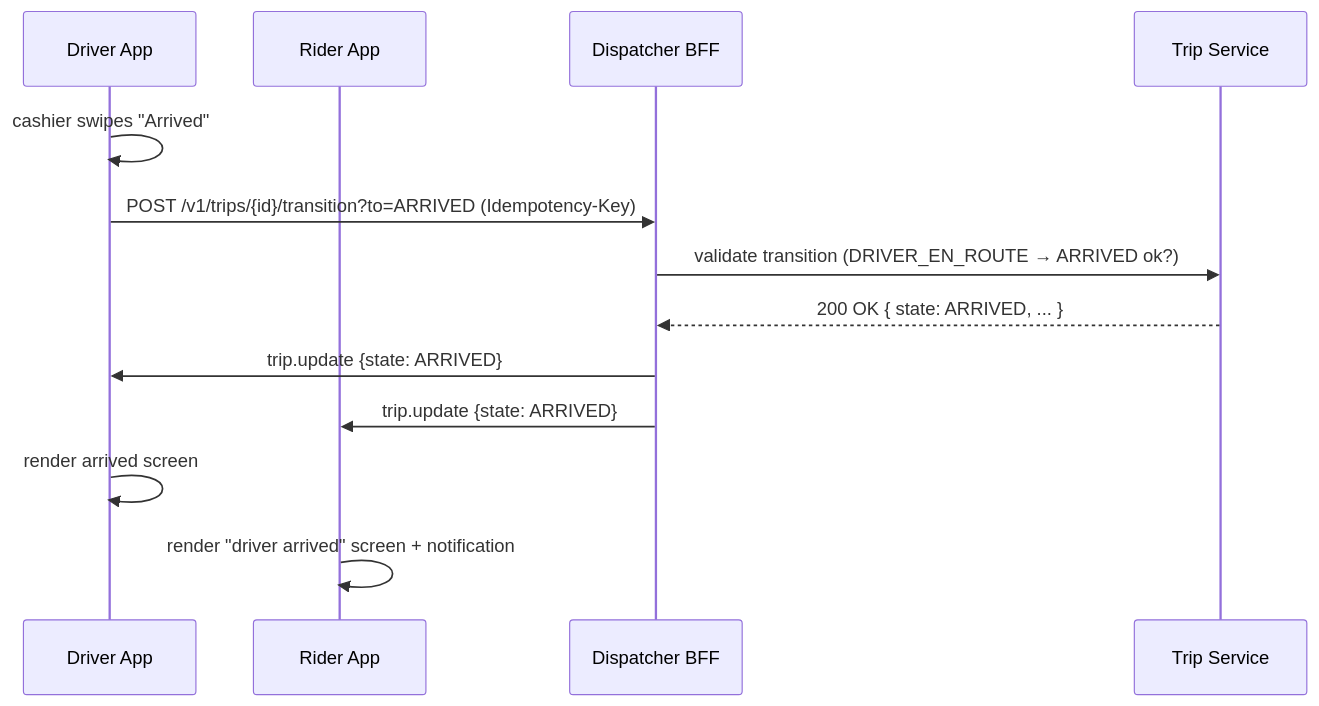
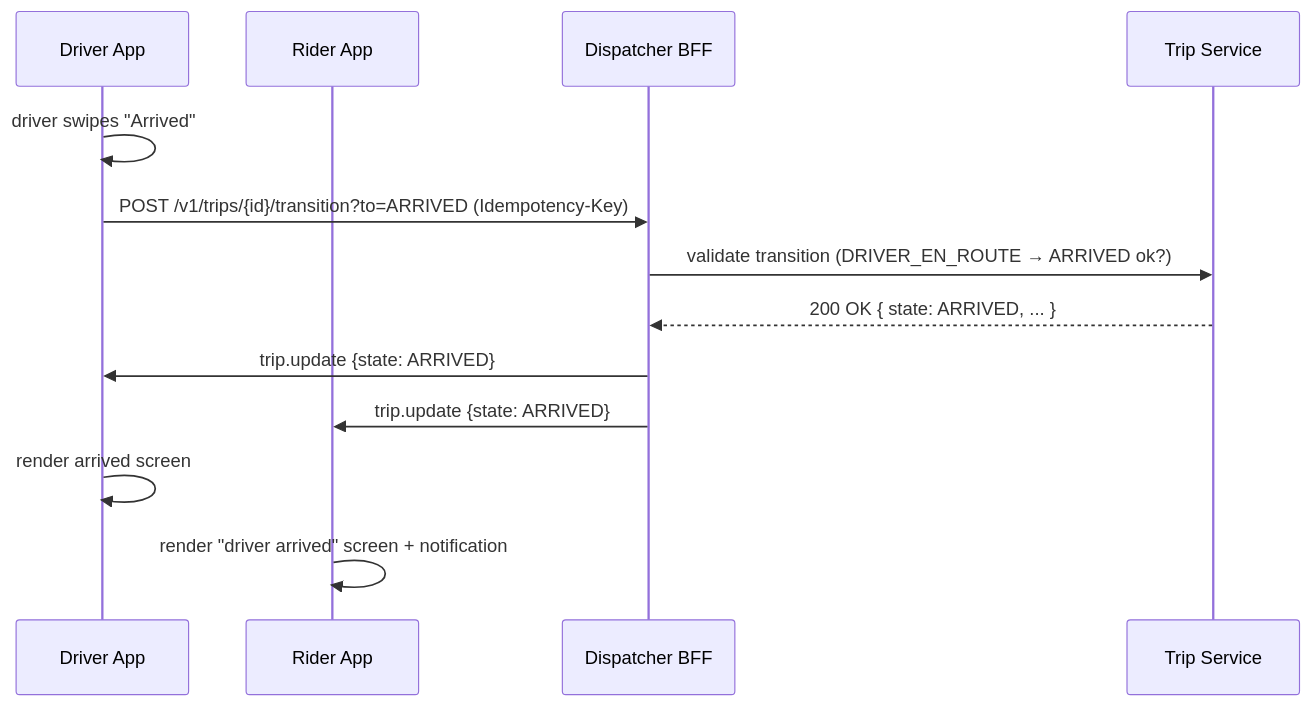
Before and after one commit to swarnsingh/android-staff-engineer-playbook-website: the fourth of 4 diagrams in reference-architectures/ride-hailing-app.md, drawn with Mermaid. The commit also changed other lines of this file and 17 other files, not shown here.

````diff
--- a/reference-architectures/ride-hailing-app.md
+++ b/reference-architectures/ride-hailing-app.md
@@ -201,16 +204,16 @@
 ```mermaid
 sequenceDiagram
     participant D as Driver App
     participant R as Rider App
     participant Disp as Dispatcher BFF
     participant Trip as Trip Service
 
-    D->>D: cashier swipes "Arrived"
+    D->>D: driver swipes "Arrived"
     D->>Disp: POST /v1/trips/{id}/transition?to=ARRIVED (Idempotency-Key)
     Disp->>Trip: validate transition (DRIVER_EN_ROUTE → ARRIVED ok?)
     Trip-->>Disp: 200 OK { state: ARRIVED, ... }
     Disp->>D: trip.update {state: ARRIVED}
     Disp->>R: trip.update {state: ARRIVED}
     D->>D: render arrived screen
     R->>R: render "driver arrived" screen + notification
 ```
````
